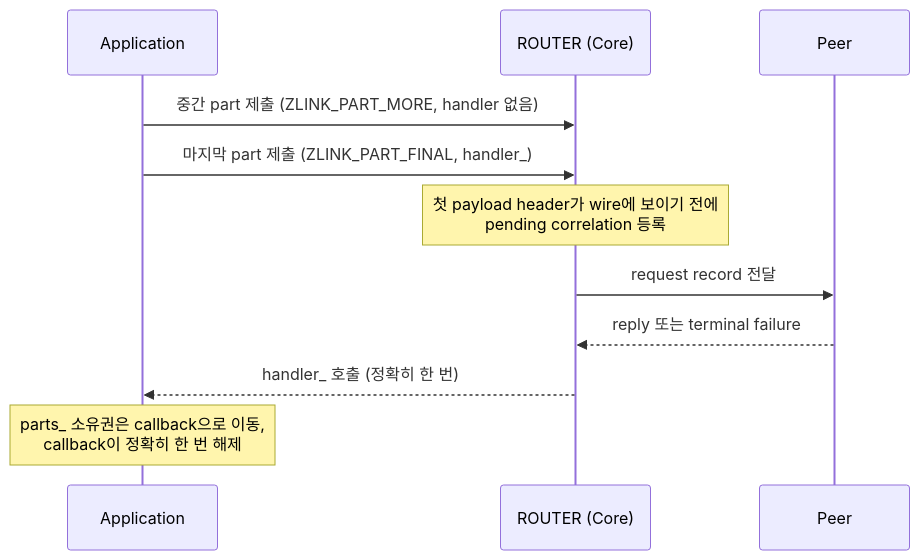
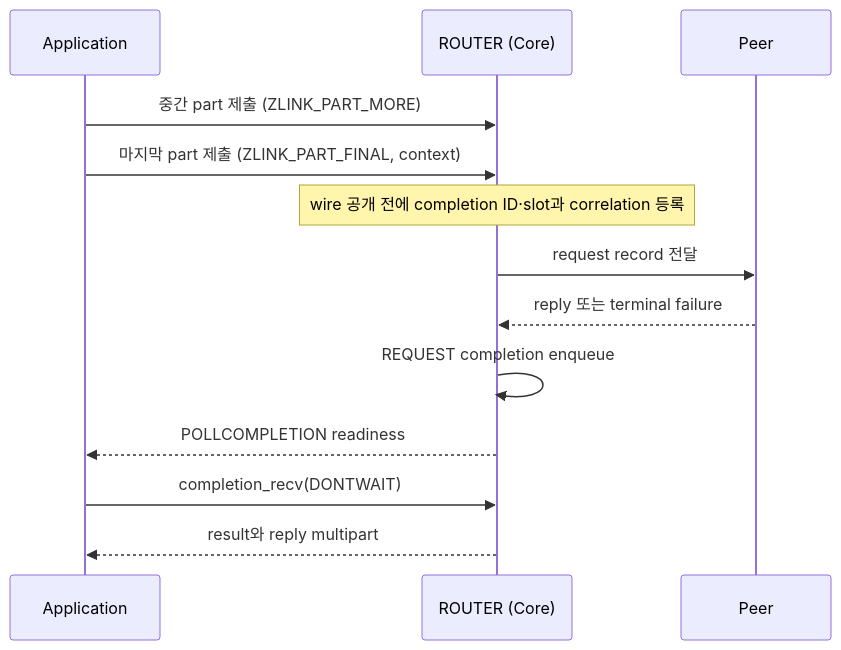
The diagram in core/doc/spec/core/socket/07-router.ko.md (zlink-systems/zlink), drawn with Mermaid before and after one commit. The commit also changed other lines of this file and 49 other files, not shown here.

````diff
--- a/core/doc/spec/core/socket/07-router.ko.md
+++ b/core/doc/spec/core/socket/07-router.ko.md
@@ -271,13 +210,15 @@
 ```mermaid
 sequenceDiagram
     participant App as Application
     participant R as ROUTER (Core)
     participant P as Peer
-    App->>R: 중간 part 제출 (ZLINK_PART_MORE, handler 없음)
-    App->>R: 마지막 part 제출 (ZLINK_PART_FINAL, handler_)
-    Note over R: 첫 payload header가 wire에 보이기 전에<br/>pending correlation 등록
+    App->>R: 중간 part 제출 (ZLINK_PART_MORE)
+    App->>R: 마지막 part 제출 (ZLINK_PART_FINAL, context)
+    Note over R: wire 공개 전에 completion ID·slot과 correlation 등록
     R->>P: request record 전달
     P-->>R: reply 또는 terminal failure
-    R-->>App: handler_ 호출 (정확히 한 번)
-    Note over App: parts_ 소유권은 callback으로 이동,<br/>callback이 정확히 한 번 해제
+    R->>R: REQUEST completion enqueue
+    R-->>App: POLLCOMPLETION readiness
+    App->>R: completion_recv(DONTWAIT)
+    R-->>App: result와 reply multipart
 ```
````
